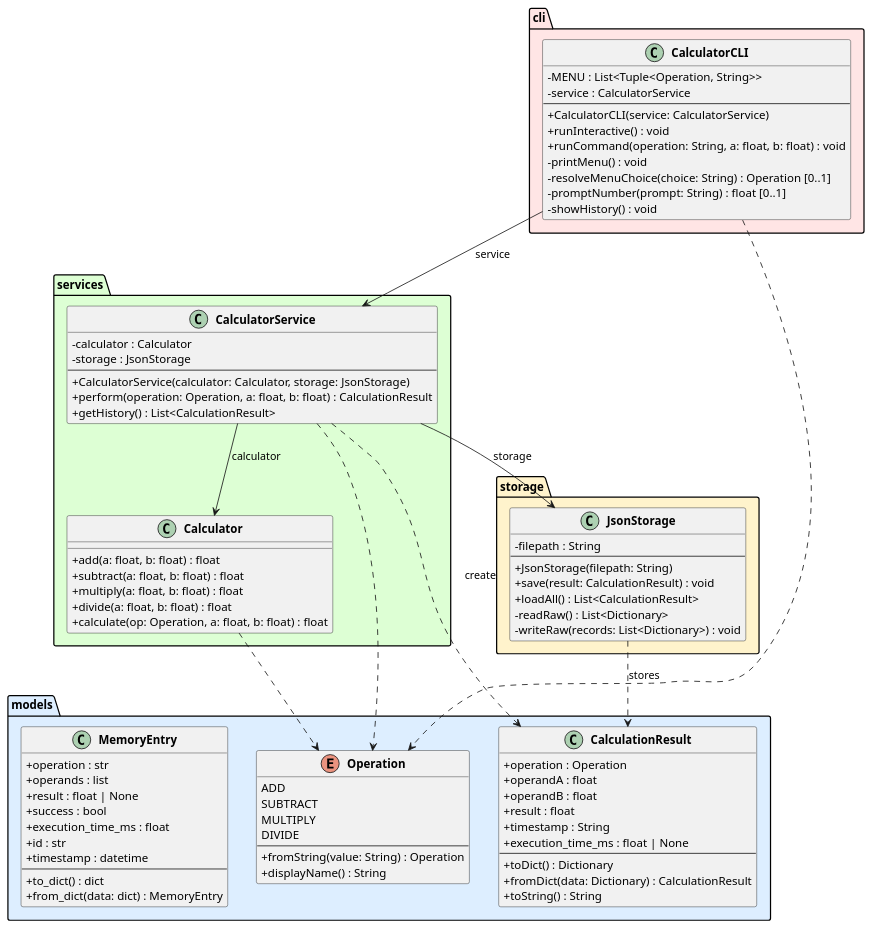
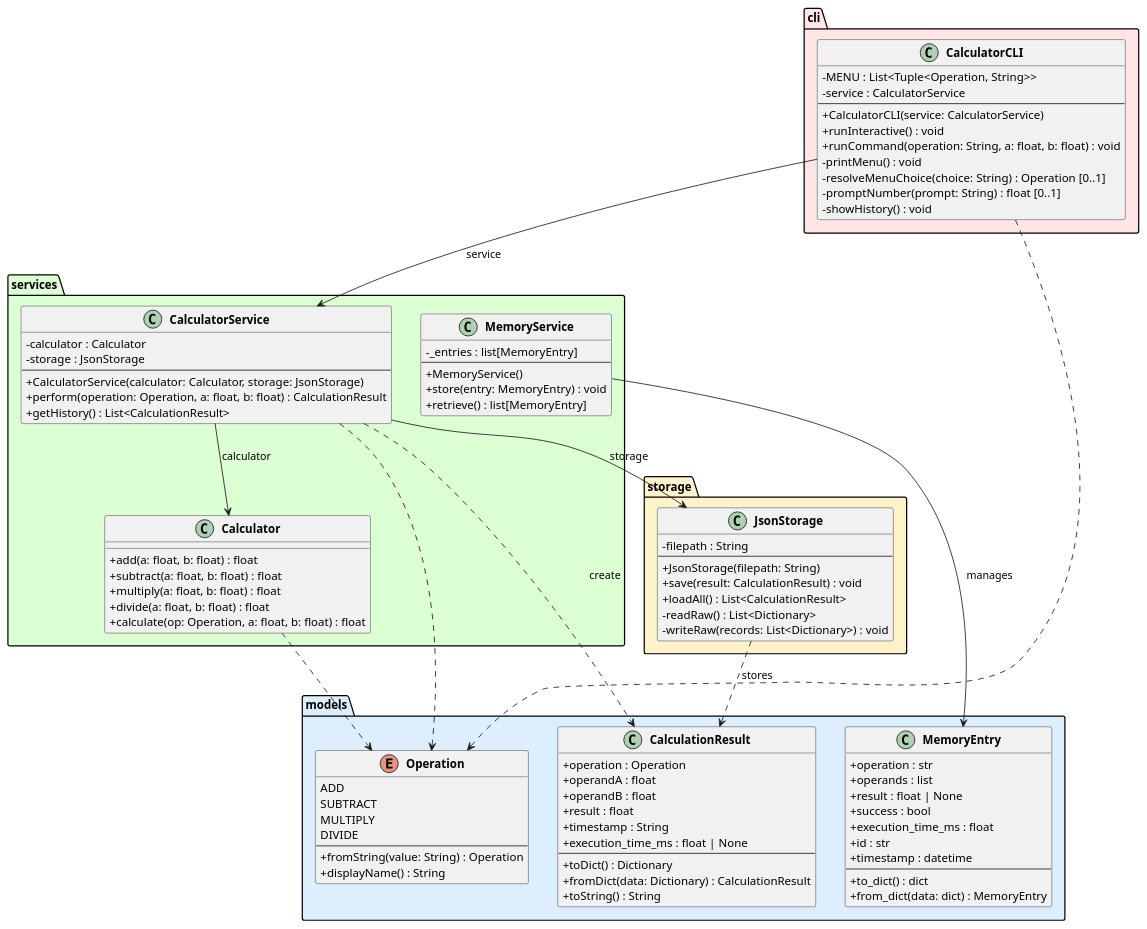
The diagram in experiments/supervisor_as_tools/test_driven/calculator/artifacts/class_diagram.puml (DanielRiha8906/Software_autoevolution_using_agents), drawn with PlantUML before and after one commit. The commit also changed 5 other files, not shown here.

```diff
--- a/experiments/supervisor_as_tools/test_driven/calculator/artifacts/class_diagram.puml
+++ b/experiments/supervisor_as_tools/test_driven/calculator/artifacts/class_diagram.puml
@@ -1,100 +1,109 @@
 @startuml class_diagram
 
 skinparam classAttributeIconSize 0
 skinparam classFontStyle bold
 
 package "models" #DDEEFF {
     enum Operation {
         ADD
         SUBTRACT
         MULTIPLY
         DIVIDE
         --
         +fromString(value: String) : Operation
         +displayName() : String
     }
 
     class CalculationResult {
         +operation : Operation
         +operandA : float
         +operandB : float
         +result : float
         +timestamp : String
         +execution_time_ms : float | None
         --
         +toDict() : Dictionary
         +fromDict(data: Dictionary) : CalculationResult
         +toString() : String
     }
 
     class MemoryEntry {
         +operation : str
         +operands : list
         +result : float | None
         +success : bool
         +execution_time_ms : float
         +id : str
         +timestamp : datetime
         --
         +to_dict() : dict
         +from_dict(data: dict) : MemoryEntry
     }
 }
 
 package "services" #DDFFD4 {
     class Calculator {
         +add(a: float, b: float) : float
         +subtract(a: float, b: float) : float
         +multiply(a: float, b: float) : float
         +divide(a: float, b: float) : float
         +calculate(op: Operation, a: float, b: float) : float
     }
 
     class CalculatorService {
         -calculator : Calculator
         -storage : JsonStorage
         --
         +CalculatorService(calculator: Calculator, storage: JsonStorage)
         +perform(operation: Operation, a: float, b: float) : CalculationResult
         +getHistory() : List<CalculationResult>
     }
+
+    class MemoryService {
+        -_entries : list[MemoryEntry]
+        --
+        +MemoryService()
+        +store(entry: MemoryEntry) : void
+        +retrieve() : list[MemoryEntry]
+    }
 }
 
 package "storage" #FFF3CC {
     class JsonStorage {
         -filepath : String
         --
         +JsonStorage(filepath: String)
         +save(result: CalculationResult) : void
         +loadAll() : List<CalculationResult>
         -readRaw() : List<Dictionary>
         -writeRaw(records: List<Dictionary>) : void
     }
 }
 
 package "cli" #FFE5E5 {
     class CalculatorCLI {
         -MENU : List<Tuple<Operation, String>>
         -service : CalculatorService
         --
         +CalculatorCLI(service: CalculatorService)
         +runInteractive() : void
         +runCommand(operation: String, a: float, b: float) : void
         -printMenu() : void
         -resolveMenuChoice(choice: String) : Operation [0..1]
         -promptNumber(prompt: String) : float [0..1]
         -showHistory() : void
     }
 }
 
 CalculatorCLI --> CalculatorService : service
 CalculatorService --> Calculator : calculator
 CalculatorService --> JsonStorage : storage
 
 CalculatorService ..> CalculationResult : create
 CalculatorService ..> Operation
 CalculatorCLI ..> Operation
 Calculator ..> Operation
 JsonStorage ..> CalculationResult : stores
+MemoryService --> MemoryEntry : manages
 
 @enduml
```
